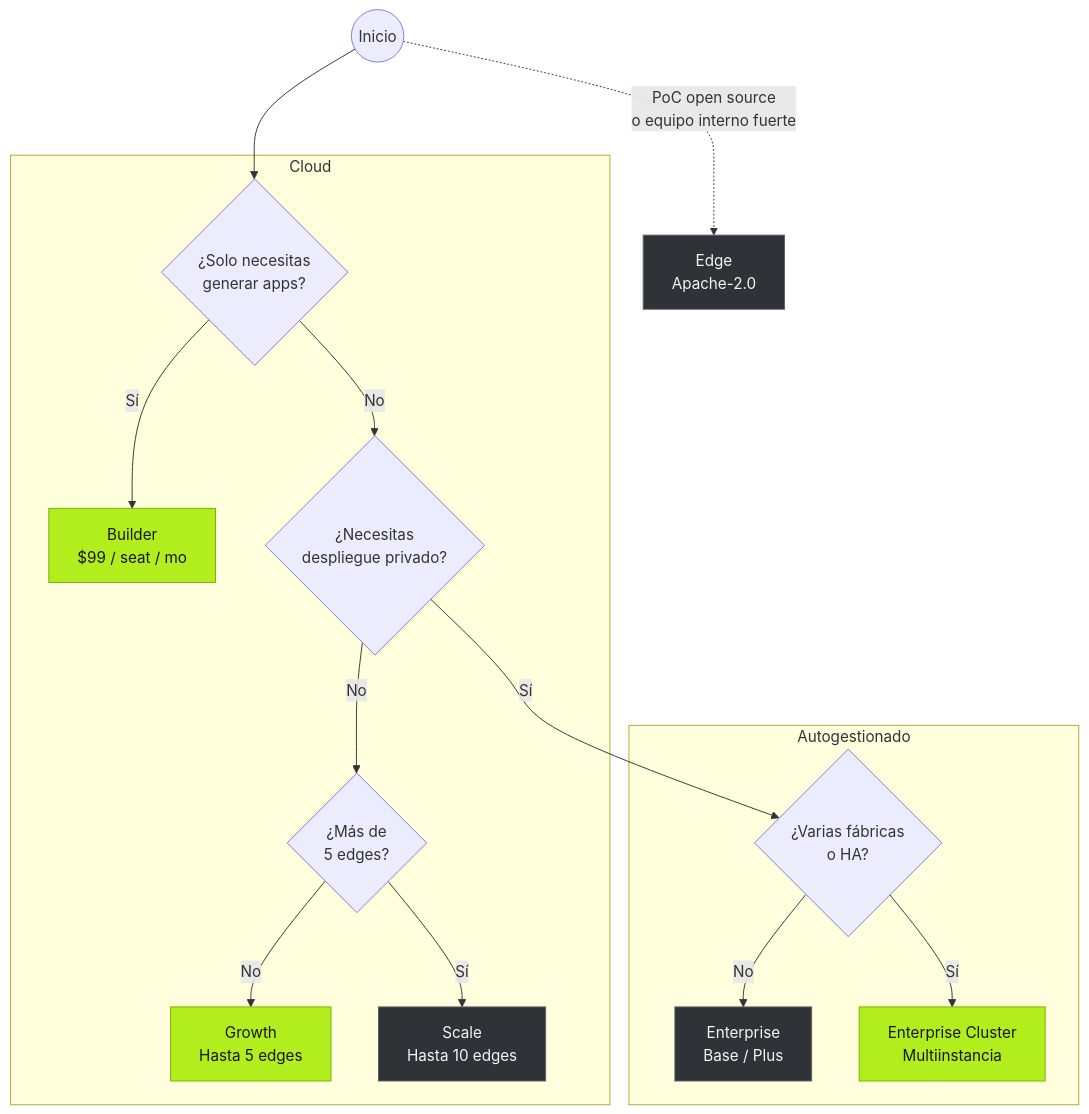
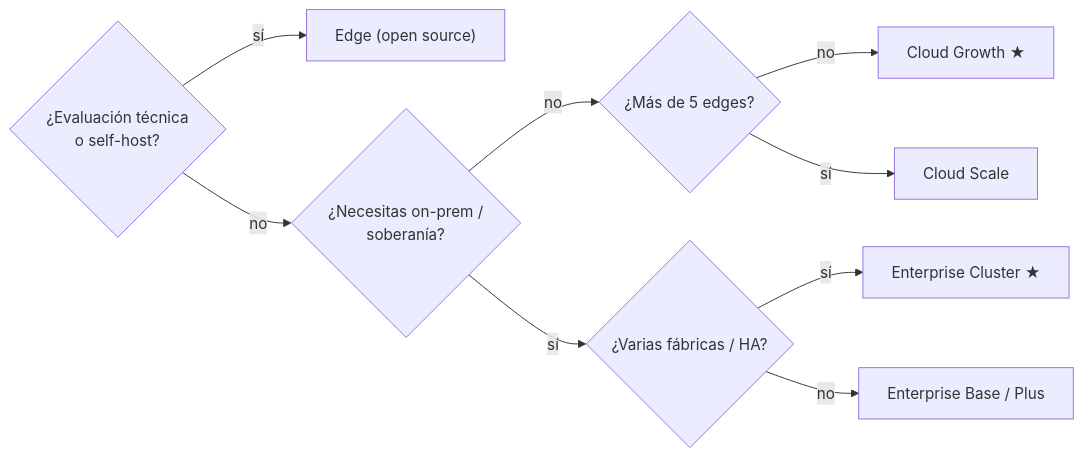
Before and after one commit to FREEZONEX/Tier0-docs-site: the diagram in src/content/docs/es/get-started/choosing-version.mdx, drawn with Mermaid. The commit also changed other lines of this file and 19 other files, not shown here.

````diff
--- a/src/content/docs/es/get-started/choosing-version.mdx
+++ b/src/content/docs/es/get-started/choosing-version.mdx
@@ -119,25 +135,12 @@
 ```mermaid
-flowchart TD
-  start(("Inicio")) --> appOnly{"¿Solo necesitas<br/>generar apps?"}
-
-  subgraph cloud["Cloud"]
-    appOnly -- "Sí" --> builder["Builder<br/>$99 / seat / mo"]
-    appOnly -- "No" --> selfHost{"¿Necesitas<br/>despliegue privado?"}
-    selfHost -- "No" --> edgeCount{"¿Más de<br/>5 edges?"}
-    edgeCount -- "No" --> growth["Growth<br/>Hasta 5 edges"]
-    edgeCount -- "Sí" --> scale["Scale<br/>Hasta 10 edges"]
-  end
-
-  subgraph selfManaged["Autogestionado"]
-    selfHost -- "Sí" --> multiSite{"¿Varias fábricas<br/>o HA?"}
-    multiSite -- "No" --> basePlus["Enterprise<br/>Base / Plus"]
-    multiSite -- "Sí" --> cluster["Enterprise Cluster<br/>Multiinstancia"]
-  end
-
-  start -. "PoC open source<br/>o equipo interno fuerte" .-> edge["Edge<br/>Apache-2.0"]
-
-  classDef t0accent fill:#B2ED1D,stroke:#73B200,color:#171717
-  classDef t0muted fill:#2f3338,stroke:#5a626b,color:#f4f4f4
-  class builder,growth,cluster t0accent
-  class edge,scale,basePlus t0muted
+flowchart LR
+  q1{"¿Evaluación técnica<br/>o self-host?"} -- "sí" --> edge["Edge (open source)"]
+  q1 -- "no" --> q2{"¿Necesitas on-prem /<br/>soberanía?"}
+  q2 -- "no" --> q3{"¿Más de 5 edges?"}
+  q2 -- "sí" --> q4{"¿Varias fábricas / HA?"}
+  q3 -- "no" --> growth["Cloud Growth ★"]
+  q3 -- "sí" --> scale["Cloud Scale"]
+  q4 -- "sí" --> cluster["Enterprise Cluster ★"]
+  q4 -- "no" --> baseplus["Enterprise Base / Plus"]
+  class growth,cluster t0accent
 ```
````
